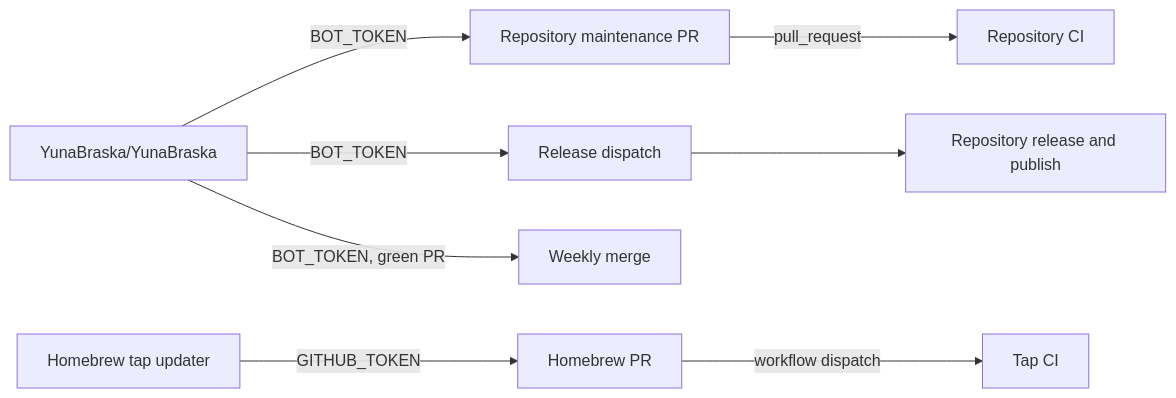
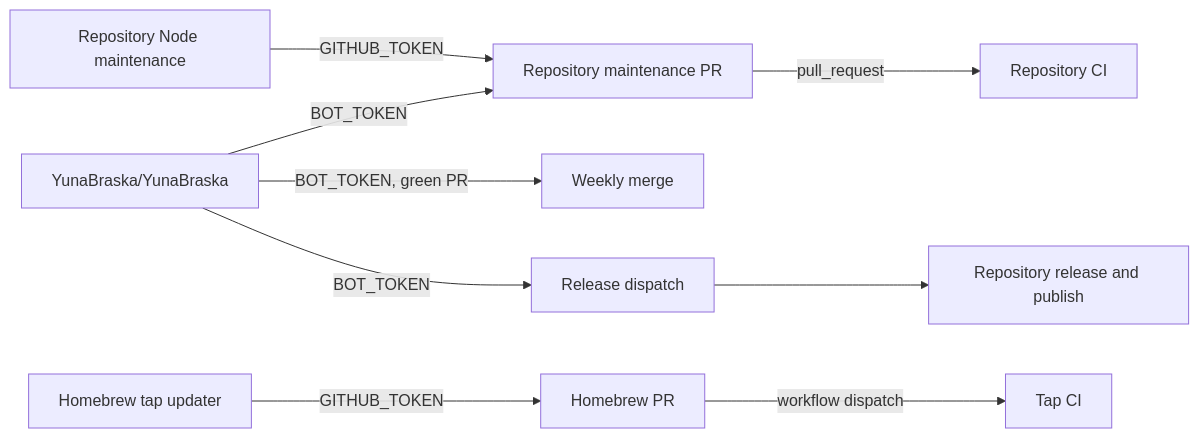
Before and after one commit to YunaBraska/YunaBraska: the diagram in AUTOMATION.md, drawn with Mermaid. The commit also changed other lines of this file and 3 other files, not shown here.

Commit message:
fix: recover Node maintenance pull requests (#68)

````diff
--- a/AUTOMATION.md
+++ b/AUTOMATION.md
@@ -6,10 +6,11 @@
 ```mermaid
 flowchart LR
   C[YunaBraska/YunaBraska] -->|BOT_TOKEN| R[Repository maintenance PR]
+  N[Repository Node maintenance] -->|GITHUB_TOKEN| R
   T[Homebrew tap updater] -->|GITHUB_TOKEN| P[Homebrew PR]
   R -->|pull_request| V[Repository CI]
   P -->|workflow dispatch| H[Tap CI]
   C -->|BOT_TOKEN, green PR| M[Weekly merge]
   C -->|BOT_TOKEN| D[Release dispatch]
   D --> L[Repository release and publish]
 ```
````
